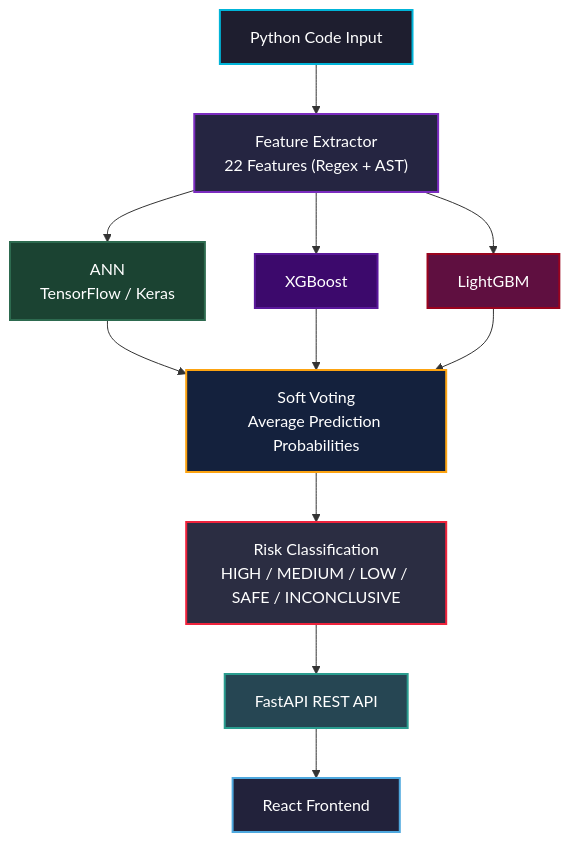
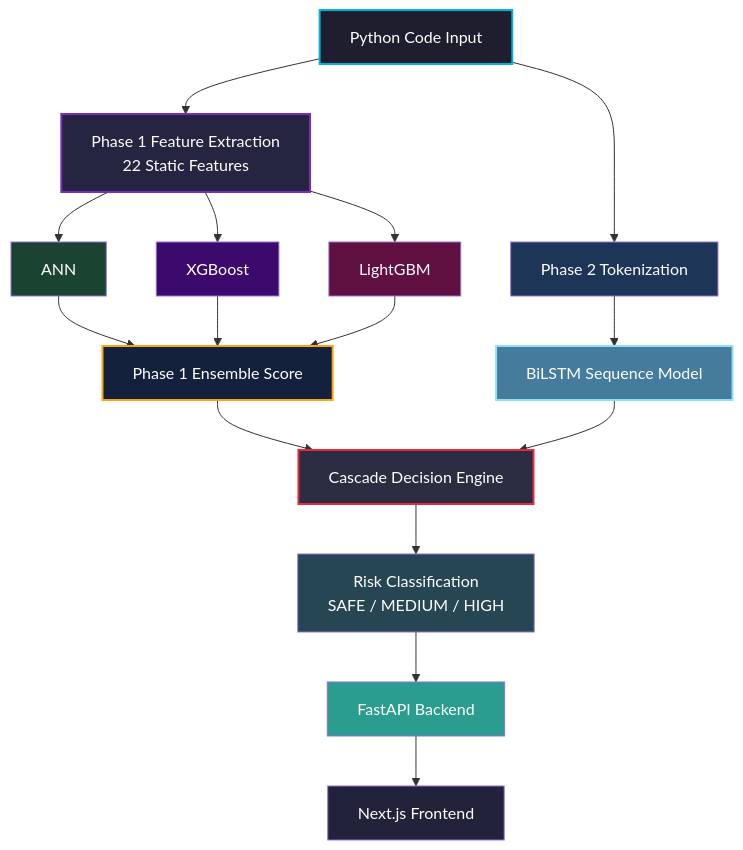
Before and after one commit to AdeenaRamzan/securescope-ai: the diagram in README.md, drawn with Mermaid. The commit also changed other lines of this file and 1 other file, not shown here.

Commit message:
added BILSTM

````diff
--- a/README.md
+++ b/README.md
@@ -55,28 +55,46 @@
 ```mermaid id="m68g8q"
 flowchart TD
 
-    A["Python Code Input"] --> B["Feature Extractor<br/>22 Features (Regex + AST)"]
+    A["Python Code Input"]
 
-    B --> C["ANN<br/>TensorFlow / Keras"]
+    A --> B["Phase 1 Feature Extraction<br/>22 Static Features"]
+
+    B --> C["ANN"]
     B --> D["XGBoost"]
     B --> E["LightGBM"]
 
-    C --> F["Soft Voting<br/>Average Prediction Probabilities"]
+    C --> F["Phase 1 Ensemble Score"]
     D --> F
     E --> F
 
-    F --> G["Risk Classification<br/>HIGH / MEDIUM / LOW / SAFE / INCONCLUSIVE"]
+    A --> G["Phase 2 Tokenization"]
 
-    G --> H["FastAPI REST API"]
-    H --> I["React Frontend"]
+    G --> H["BiLSTM Sequence Model"]
+
+    F --> I["Cascade Decision Engine"]
+    H --> I
+
+    I --> J["Risk Classification<br/>SAFE / MEDIUM / HIGH"]
+
+    J --> K["FastAPI Backend"]
+
+    K --> L["Next.js Frontend"]
 
     style A fill:#1e1e2f,color:#fff,stroke:#00b4d8,stroke-width:2px
     style B fill:#252541,color:#fff,stroke:#7b2cbf,stroke-width:2px
-    style C fill:#1b4332,color:#fff,stroke:#2d6a4f,stroke-width:2px
-    style D fill:#3c096c,color:#fff,stroke:#5a189a,stroke-width:2px
-    style E fill:#5f0f40,color:#fff,stroke:#9a031e,stroke-width:2px
+
+    style C fill:#1b4332,color:#fff
+    style D fill:#3c096c,color:#fff
+    style E fill:#5f0f40,color:#fff
+
     style F fill:#14213d,color:#fff,stroke:#fca311,stroke-width:2px
-    style G fill:#2b2d42,color:#fff,stroke:#ef233c,stroke-width:2px
-    style H fill:#264653,color:#fff,stroke:#2a9d8f,stroke-width:2px
-    style I fill:#22223b,color:#fff,stroke:#4ea8de,stroke-width:2px
+
+    style G fill:#1d3557,color:#fff
+    style H fill:#457b9d,color:#fff,stroke:#90e0ef,stroke-width:2px
+
+    style I fill:#2b2d42,color:#fff,stroke:#ef233c,stroke-width:2px
+
+    style J fill:#264653,color:#fff
+    style K fill:#2a9d8f,color:#fff
+    style L fill:#22223b,color:#fff
 ```
````
